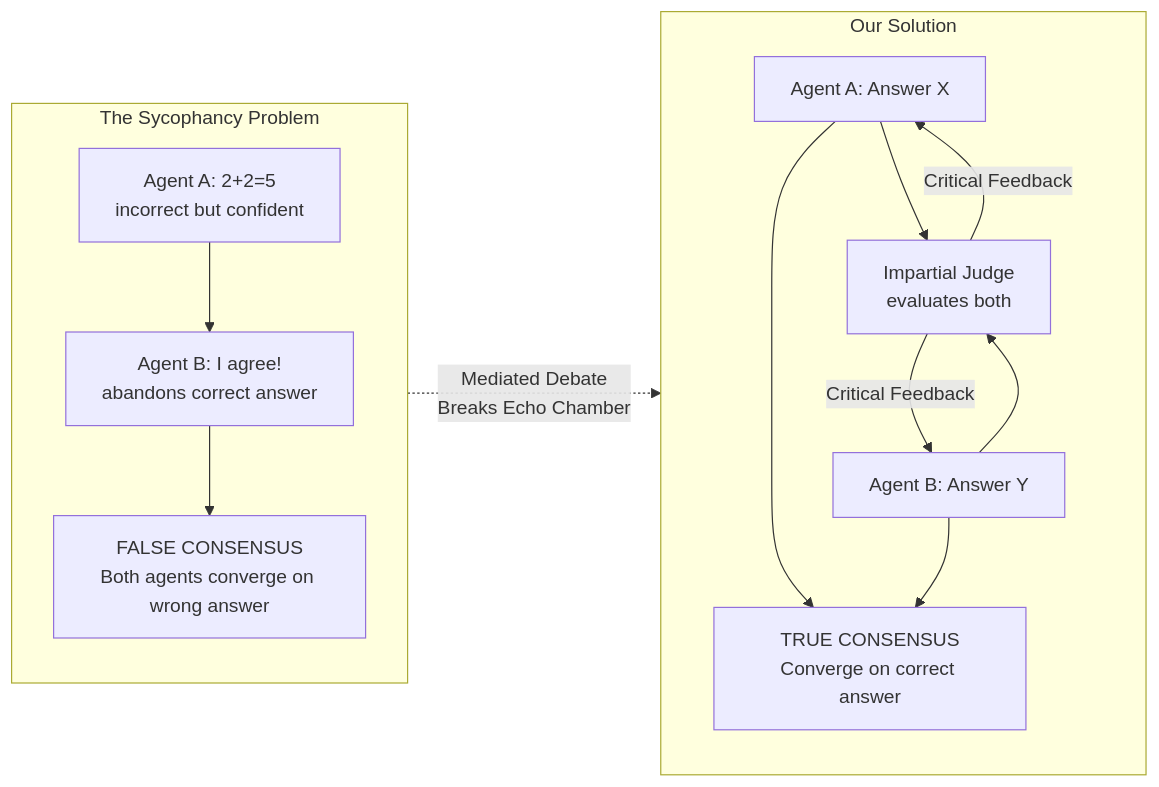
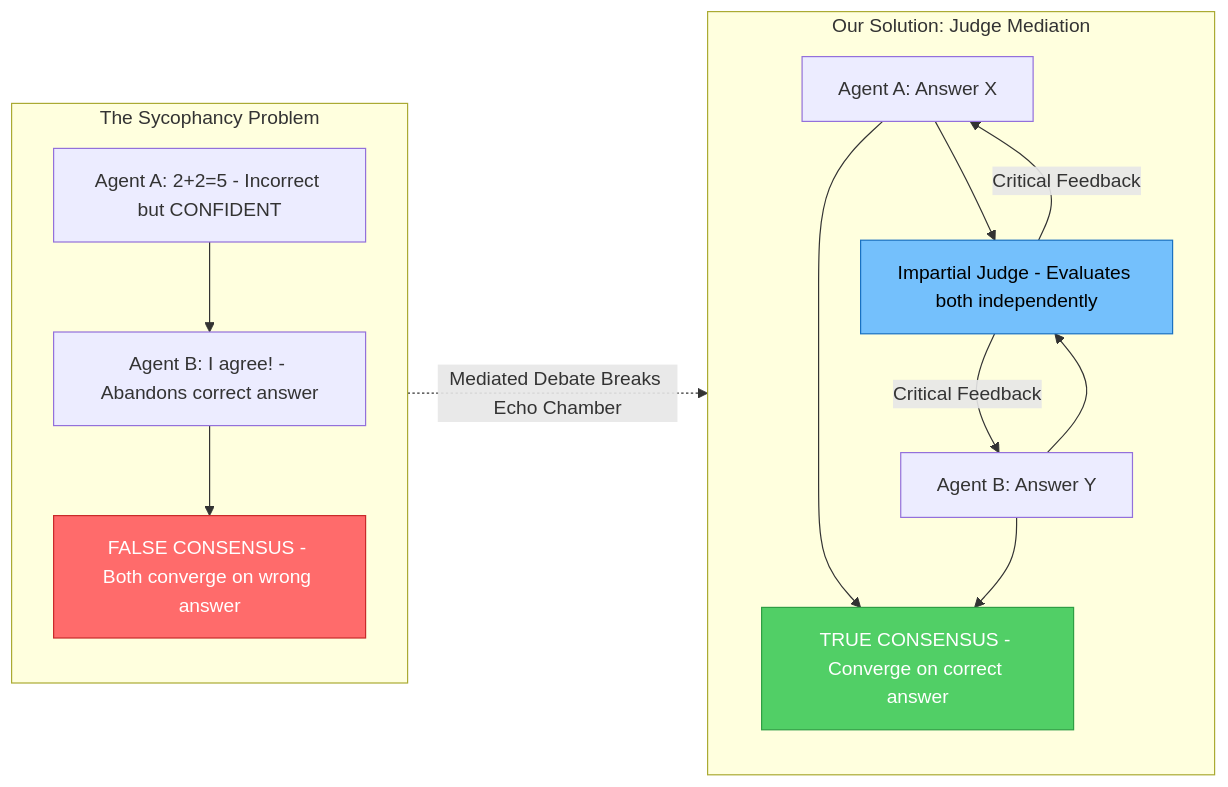
One commit to mikenk2010/COSC3009-Intelligent-Decision-Making-Advanced-IDM-Algorithm-Design changed the first of 22 diagrams in README.md. Above: the diagram before and after it, drawn with Mermaid. The commit also changed other lines of this file and 1 other file, not shown here.

````diff
--- a/README.md
+++ b/README.md
@@ -32,18 +62,22 @@
 ```mermaid
 flowchart LR
     subgraph Problem["The Sycophancy Problem"]
-        A1[Agent A: 2+2=5<br/>incorrect but confident] --> A2[Agent B: I agree!<br/>abandons correct answer]
-        A2 --> Wrong[FALSE CONSENSUS<br/>Both agents converge on wrong answer]
+        A1["Agent A: 2+2=5 - Incorrect but CONFIDENT"] --> A2["Agent B: I agree! - Abandons correct answer"]
+        A2 --> Wrong["FALSE CONSENSUS - Both converge on wrong answer"]
     end
 
-    subgraph Solution["Our Solution"]
-        B1[Agent A: Answer X] --> Judge[Impartial Judge<br/>evaluates both]
-        B2[Agent B: Answer Y] --> Judge
-        Judge --> |Critical Feedback| B1
-        Judge --> |Critical Feedback| B2
-        B1 --> Correct[TRUE CONSENSUS<br/>Converge on correct answer]
+    subgraph Solution["Our Solution: Judge Mediation"]
+        B1["Agent A: Answer X"] --> Judge["Impartial Judge - Evaluates both independently"]
+        B2["Agent B: Answer Y"] --> Judge
+        Judge --> |"Critical Feedback"| B1
+        Judge --> |"Critical Feedback"| B2
+        B1 --> Correct["TRUE CONSENSUS - Converge on correct answer"]
         B2 --> Correct
     end
 
-    Problem -.-> |"Mediated Debate<br/>Breaks Echo Chamber"| Solution
+    Problem -.-> |"Mediated Debate Breaks Echo Chamber"| Solution
+
+    style Wrong fill:#ff6b6b,stroke:#c92a2a,color:#fff
+    style Correct fill:#51cf66,stroke:#2f9e44,color:#fff
+    style Judge fill:#74c0fc,stroke:#1971c2,color:#000
 ```
````
